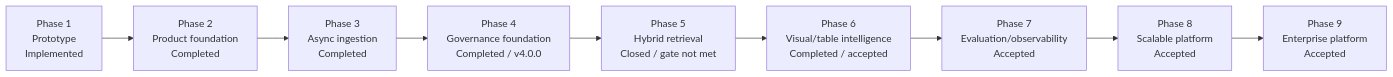
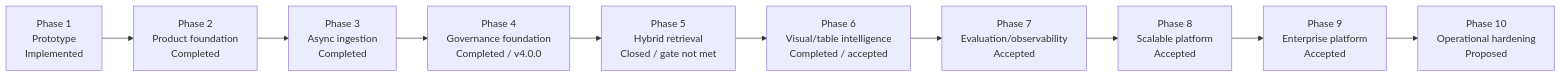
Before and after one commit to mvyas412/ai-projects: the second of 12 diagrams in mm-rag-full-stack-genai-bootcamp-3.0/docs/architecture/ARCHITECTURE.md, drawn with Mermaid. The commit also changed other lines of this file and 10 other files, not shown here.

````diff
--- a/mm-rag-full-stack-genai-bootcamp-3.0/docs/architecture/ARCHITECTURE.md
+++ b/mm-rag-full-stack-genai-bootcamp-3.0/docs/architecture/ARCHITECTURE.md
@@ -186,12 +186,13 @@
 ```mermaid
 flowchart LR
     p1["Phase 1<br/>Prototype<br/>Implemented"] -->
     p2["Phase 2<br/>Product foundation<br/>Completed"] -->
     p3["Phase 3<br/>Async ingestion<br/>Completed"] -->
     p4["Phase 4<br/>Governance foundation<br/>Completed / v4.0.0"] -->
     p5["Phase 5<br/>Hybrid retrieval<br/>Closed / gate not met"] -->
     p6["Phase 6<br/>Visual/table intelligence<br/>Completed / accepted"] -->
     p7["Phase 7<br/>Evaluation/observability<br/>Accepted"] -->
     p8["Phase 8<br/>Scalable platform<br/>Accepted"] -->
-    p9["Phase 9<br/>Enterprise platform<br/>Accepted"]
+    p9["Phase 9<br/>Enterprise platform<br/>Accepted"] -->
+    p10["Phase 10<br/>Operational hardening<br/>Proposed"]
 ```
````
